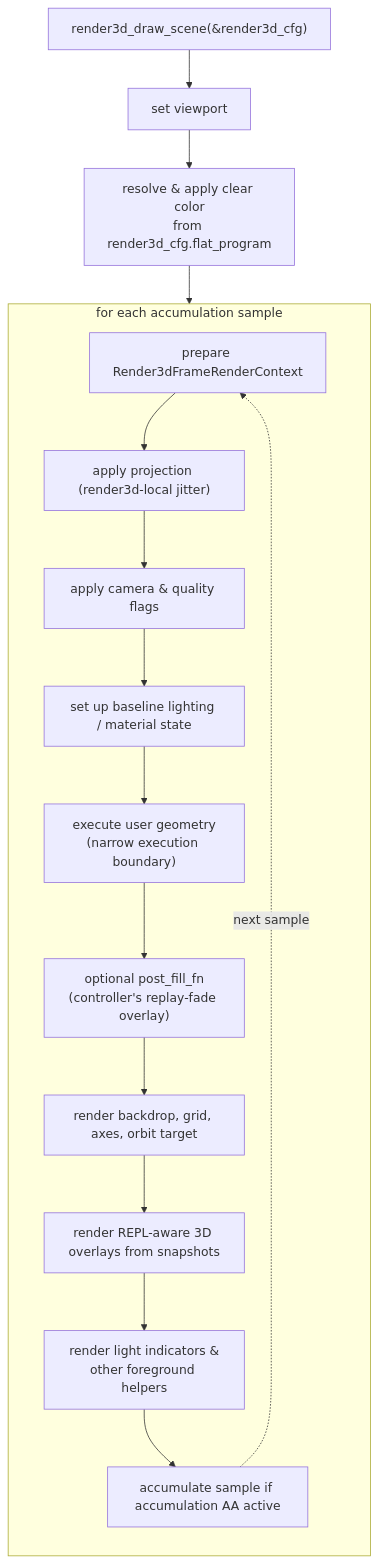
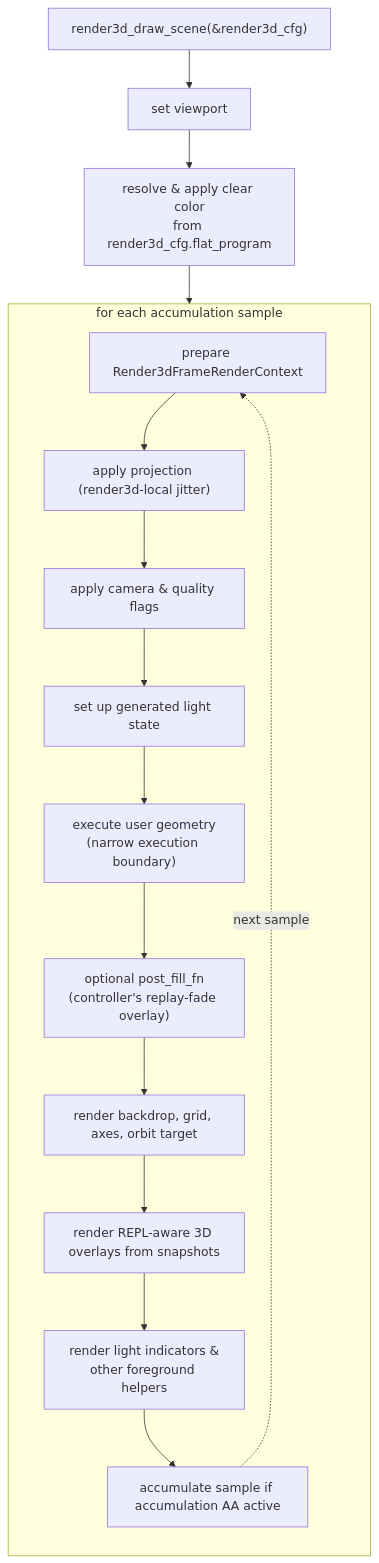
The second of 2 diagrams in docs/ARCHITECTURE.md (drewwoods/gl-repl), drawn with Mermaid before and after one commit. The commit also changed other lines of this file and 77 other files, not shown here.

````diff
--- a/docs/ARCHITECTURE.md
+++ b/docs/ARCHITECTURE.md
@@ -131,20 +131,20 @@
 ```mermaid
 flowchart TD
     entry["render3d_draw_scene(&render3d_cfg)"] --> vp["set viewport"]
     vp --> clear["resolve & apply clear color<br/>from render3d_cfg.flat_program"]
     clear --> p1
 
     subgraph loop["for each accumulation sample"]
         direction TB
         p1["prepare Render3dFrameRenderContext"] --> p2["apply projection (render3d-local jitter)"]
         p2 --> p3["apply camera & quality flags"]
-        p3 --> p4["set up baseline lighting / material state"]
+        p3 --> p4["set up generated light state"]
         p4 --> p5["execute user geometry<br/>(narrow execution boundary)"]
         p5 --> p6["optional post_fill_fn<br/>(controller's replay-fade overlay)"]
         p6 --> p7["render backdrop, grid, axes, orbit target"]
         p7 --> p8["render REPL-aware 3D overlays from snapshots"]
         p8 --> p9["render light indicators &<br/>other foreground helpers"]
         p9 --> p10["accumulate sample if accumulation AA active"]
     end
     p10 -.->|next sample| p1
 ```
````
